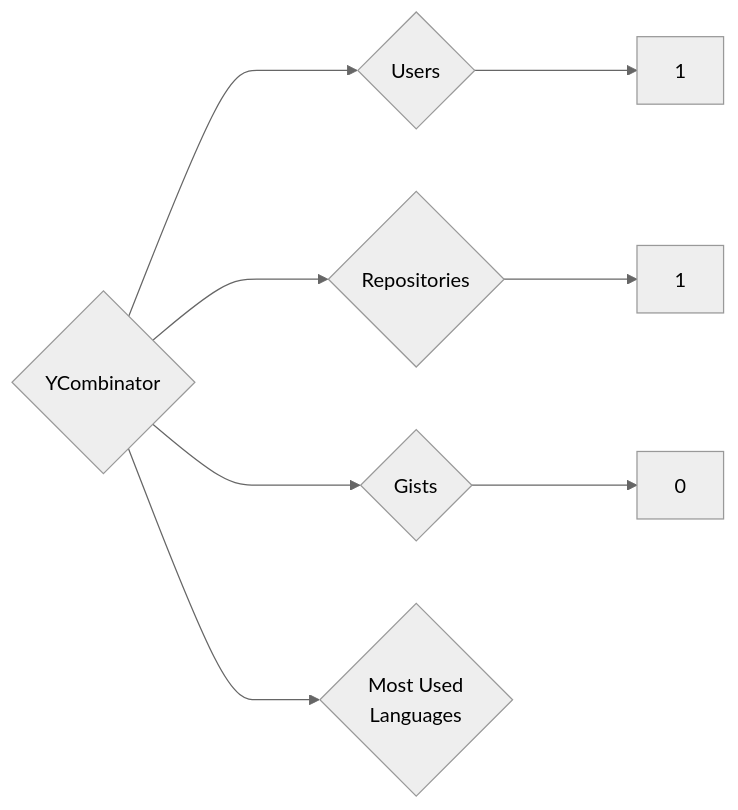
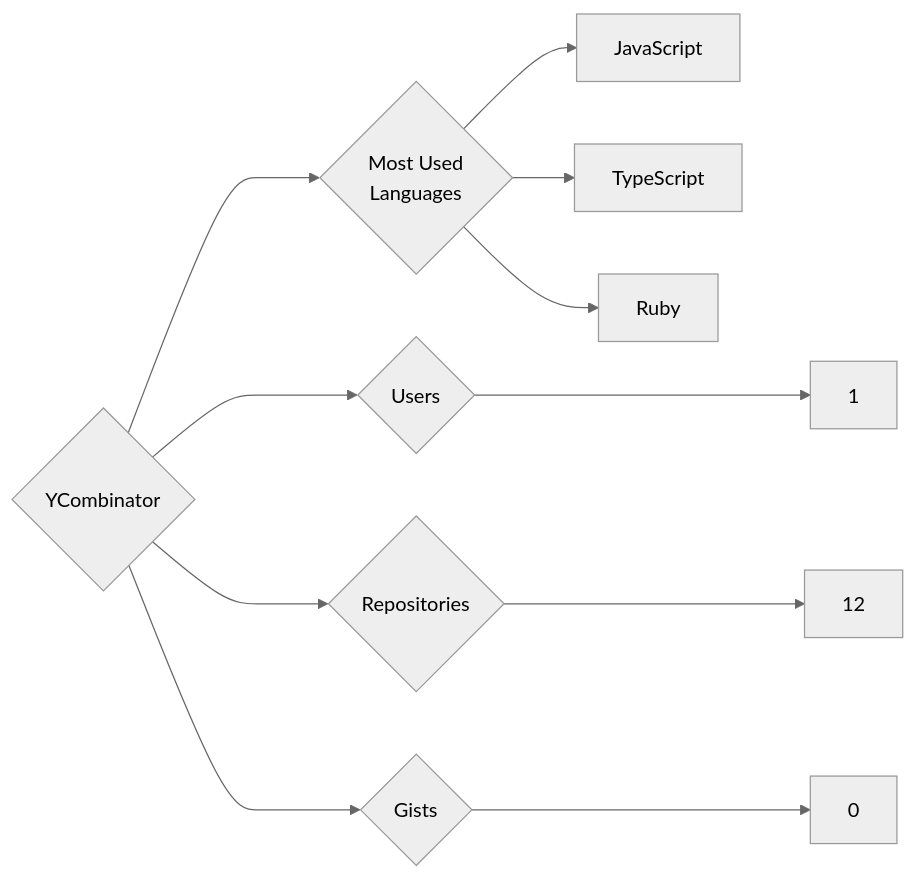
Before and after one commit to trickest/insiders: the diagram in targets/YCombinator/README.md, drawn with Mermaid (neutral theme). The commit also changed 835 other files, not shown here.

````diff
--- a/targets/YCombinator/README.md
+++ b/targets/YCombinator/README.md
@@ -3,8 +3,11 @@
 ```mermaid
 graph LR
 COMPANY_NAME{YCombinator}
 COMPANY_NAME ---> U{Users} ---> UN[1]
-COMPANY_NAME ---> R{Repositories} ---> RN[1]
+COMPANY_NAME ---> R{Repositories} ---> RN[12]
 COMPANY_NAME ---> G{Gists} ---> GN[0]
 COMPANY_NAME ---> ML{Most Used<br>Languages}
+ML --> JavaScript[JavaScript]
+ML --> TypeScript[TypeScript]
+ML --> Ruby[Ruby]
 ```
````
